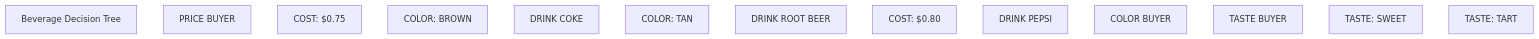
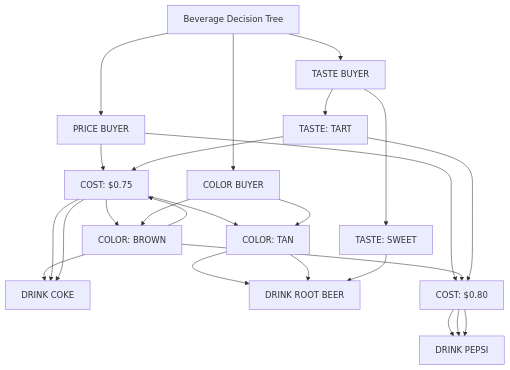
The diagram in README.md (buckeye43210/pyPERM), drawn with Mermaid before and after one commit.

````diff
--- a/README.md
+++ b/README.md
@@ -144,28 +144,40 @@
 ```mermaid
 graph TD;
     N1["Beverage Decision Tree"];
     N2["PRICE BUYER"];
+    N1 --> N2;
     N3["COST: $0.75"];
+    N2 --> N3;
     N4["COLOR: BROWN"];
+    N3 --> N4;
     N5["DRINK COKE"];
+    N4 --> N5;
     N6["COLOR: TAN"];
+    N3 --> N6;
     N7["DRINK ROOT BEER"];
+    N6 --> N7;
     N8["COST: $0.80"];
+    N2 --> N8;
     N9["DRINK PEPSI"];
+    N8 --> N9;
     N10["COLOR BUYER"];
-    N4["COLOR: BROWN"];
-    N3["COST: $0.75"];
-    N5["DRINK COKE"];
-    N8["COST: $0.80"];
-    N9["DRINK PEPSI"];
-    N6["COLOR: TAN"];
-    N7["DRINK ROOT BEER"];
+    N1 --> N10;
+    N10 --> N4;
+    N4 --> N3;
+    N3 --> N5;
+    N4 --> N8;
+    N8 --> N9;
+    N10 --> N6;
+    N6 --> N7;
     N11["TASTE BUYER"];
+    N1 --> N11;
     N12["TASTE: SWEET"];
-    N7["DRINK ROOT BEER"];
+    N11 --> N12;
+    N12 --> N7;
     N13["TASTE: TART"];
-    N3["COST: $0.75"];
-    N5["DRINK COKE"];
-    N8["COST: $0.80"];
-    N9["DRINK PEPSI"];
+    N11 --> N13;
+    N13 --> N3;
+    N3 --> N5;
+    N13 --> N8;
+    N8 --> N9;
 ```
````
